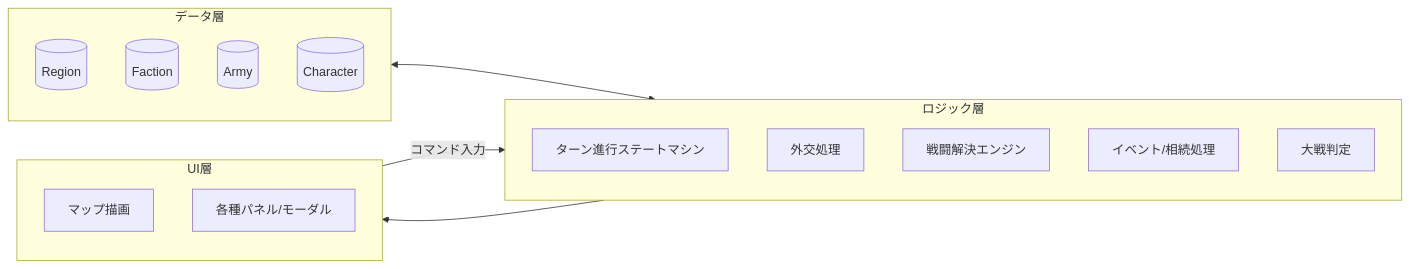
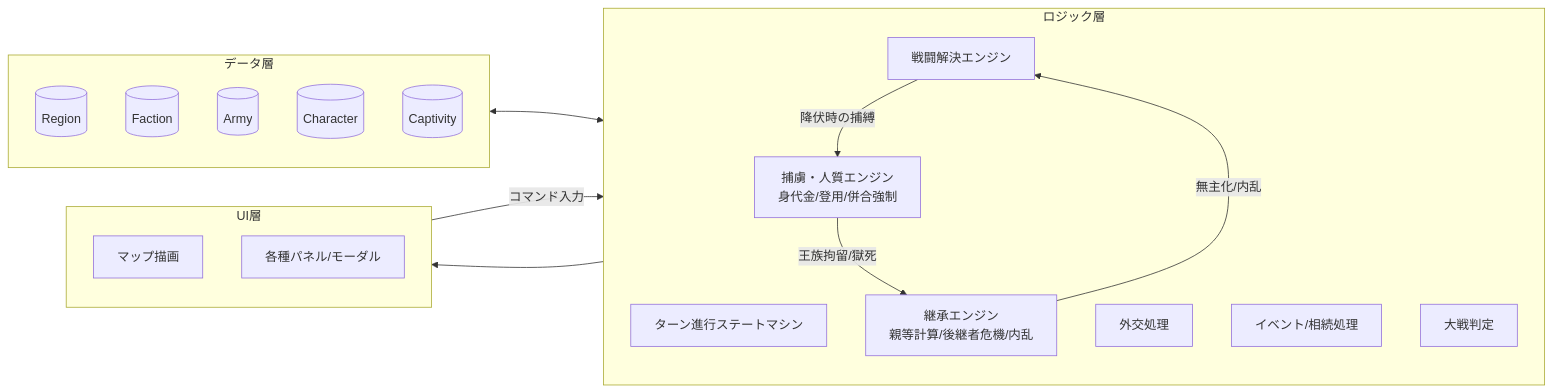
The fifth of 5 diagrams in docs/gamesystem_design.md (InfraOjisan/europe_962), drawn with Mermaid before and after one commit. The commit also changed other lines of this file and 19 other files, not shown here.

````diff
--- a/docs/gamesystem_design.md
+++ b/docs/gamesystem_design.md
@@ -293,24 +458,30 @@
 ```mermaid
 flowchart LR
     subgraph Data["データ層"]
         Regions[(Region)]
         Factions[(Faction)]
         Armies[(Army)]
         Characters[(Character)]
+        Captivities[(Captivity)]
     end
     subgraph Logic["ロジック層"]
         TurnFSM[ターン進行ステートマシン]
         Diplo[外交処理]
         CombatEngine[戦闘解決エンジン]
         EventEngine[イベント/相続処理]
+        SuccessionEngine[継承エンジン\n親等計算/後継者危機/内乱]
+        CaptivityEngine[捕虜・人質エンジン\n身代金/登用/併合強制]
         WarCheck[大戦判定]
     end
     subgraph UI["UI層"]
         MapView[マップ描画]
         Panels[各種パネル/モーダル]
     end
 
     Data <--> Logic
     Logic --> UI
     UI -->|コマンド入力| Logic
+    CombatEngine -->|降伏時の捕縛| CaptivityEngine
+    CaptivityEngine -->|王族拘留/獄死| SuccessionEngine
+    SuccessionEngine -->|無主化/内乱| CombatEngine
 ```
````
